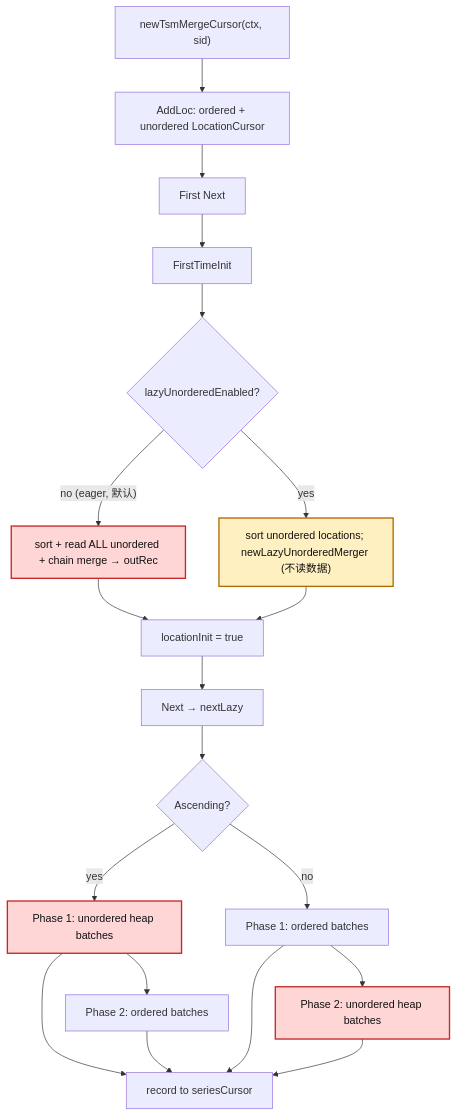
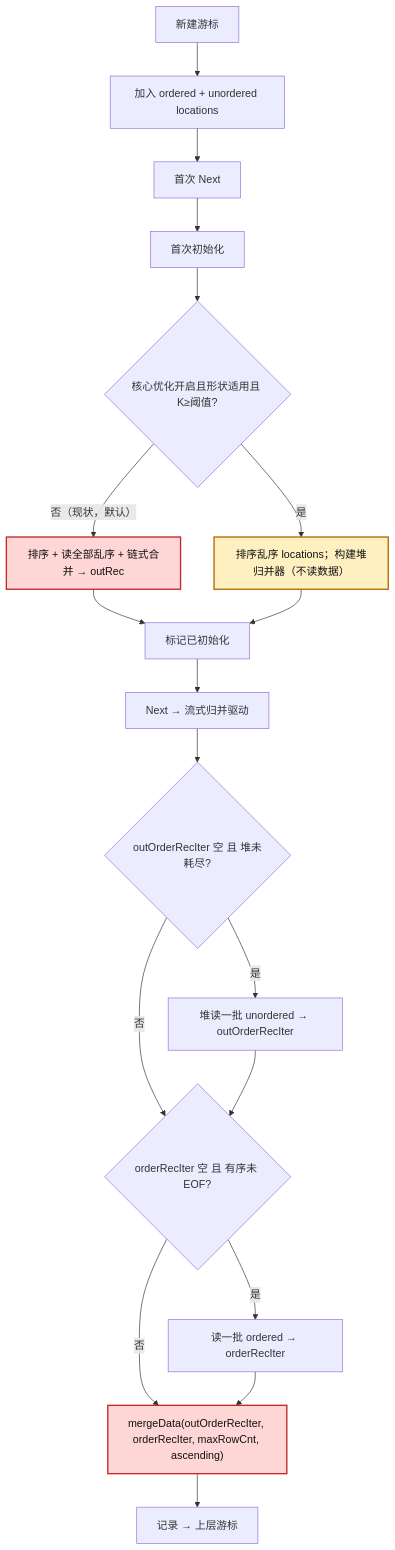
Before and after one commit to zhiwangdu/openGemini: the second of 5 diagrams in tsmMergeCursor_unordered_merge_proposal.md, drawn with Mermaid. The commit also changed other lines of this file and 3 other files, not shown here.

````diff
--- a/tsmMergeCursor_unordered_merge_proposal.md
+++ b/tsmMergeCursor_unordered_merge_proposal.md
@@ -289,29 +307,27 @@
 ```mermaid
 flowchart TD
-    A["newTsmMergeCursor(ctx, sid)"] --> B["AddLoc: ordered + unordered LocationCursor"]
-    B --> O["First Next"]
-    O --> P["FirstTimeInit"]
-    P --> Q{"lazyUnorderedEnabled?"}
-    Q -- "no (eager, 默认)" --> S["sort + read ALL unordered + chain merge → outRec"]
-    Q -- "yes" --> R["sort unordered locations; newLazyUnorderedMerger (不读数据)"]
-    S --> T["locationInit = true"]
+    A["新建游标"] --> B["加入 ordered + unordered locations"]
+    B --> O["首次 Next"]
+    O --> P["首次初始化"]
+    P --> Q{"核心优化开启且形状适用且 K≥阈值?"}
+    Q -- "否（现状，默认）" --> S["排序 + 读全部乱序 + 链式合并 → outRec"]
+    Q -- "是" --> R["排序乱序 locations；构建堆归并器（不读数据）"]
+    S --> T["标记已初始化"]
     R --> T
 
-    T --> N["Next → nextLazy"]
-    N --> D{"Ascending?"}
-    D -- "yes" --> AU["Phase 1: unordered heap batches"]
-    AU --> AO["Phase 2: ordered batches"]
-    D -- "no" --> DO["Phase 1: ordered batches"]
-    DO --> DU["Phase 2: unordered heap batches"]
-    AU --> OUT["record to seriesCursor"]
-    AO --> OUT
-    DO --> OUT
-    DU --> OUT
+    T --> N["Next → 流式归并驱动"]
+    N --> U1{"outOrderRecIter 空 且 堆未耗尽?"}
+    U1 -- "是" --> U2["堆读一批 unordered → outOrderRecIter"]
+    U1 -- "否" --> U3
+    U2 --> U3{"orderRecIter 空 且 有序未 EOF?"}
+    U3 -- "是" --> U4["读一批 ordered → orderRecIter"]
+    U3 -- "否" --> MD
+    U4 --> MD["mergeData(outOrderRecIter, orderRecIter, maxRowCnt, ascending)"]
+    MD --> OUT["记录 → 上层游标"]
 
     S:::hot
     R:::amp
-    AU:::hot
-    DU:::hot
+    MD:::hot
     classDef hot fill:#ffd6d6,stroke:#c62828,stroke-width:2px,color:#111;
     classDef amp fill:#fff0c2,stroke:#b26a00,stroke-width:2px,color:#111;
 ```
````
